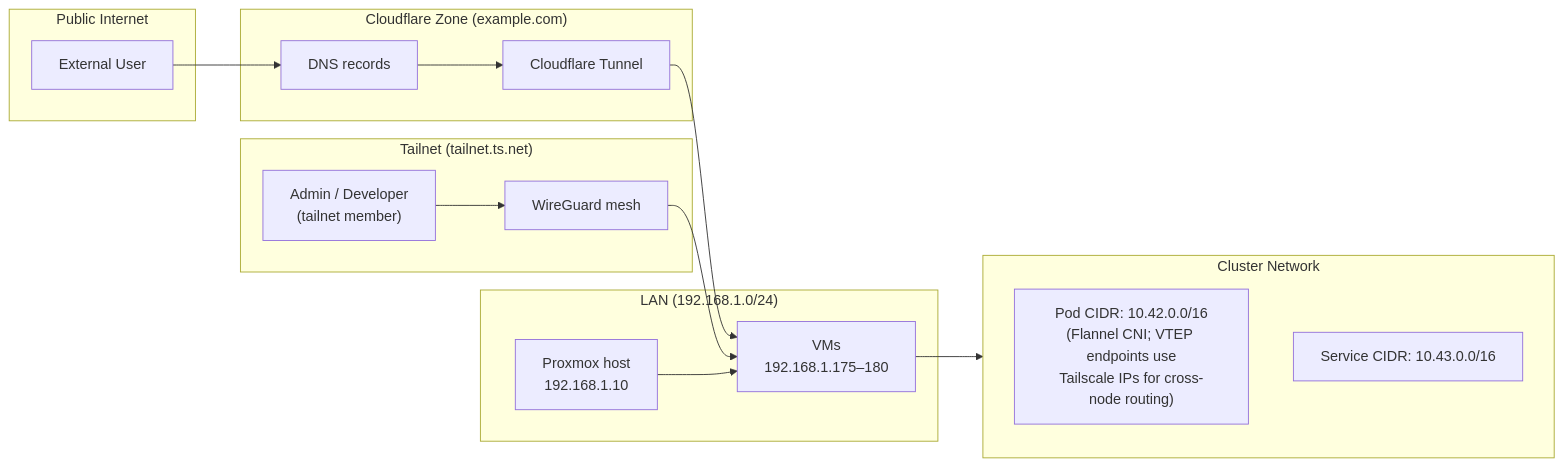
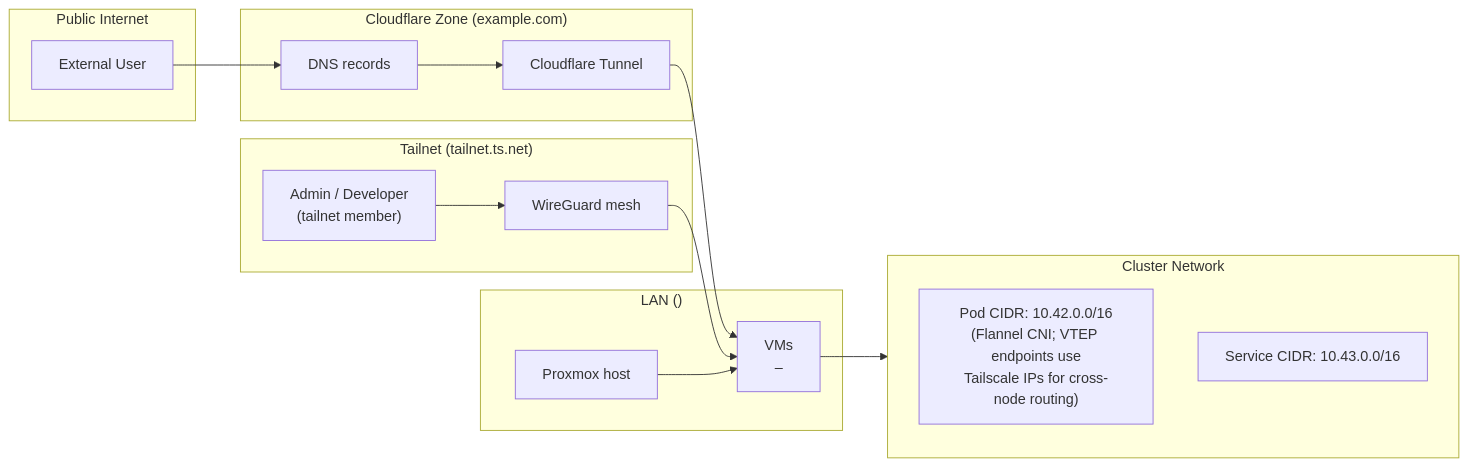
The sixth of 6 diagrams in docs/topology.md (hexabyte8/homelab), drawn with Mermaid before and after one commit. The commit also changed other lines of this file and 22 other files, not shown here.

````diff
--- a/docs/topology.md
+++ b/docs/topology.md
@@ -216,31 +216,31 @@
 ```mermaid
 graph LR
     subgraph public["Public Internet"]
         user["External User"]
     end
 
     subgraph cloudflare_zone["Cloudflare Zone (example.com)"]
         dns["DNS records"]
         tunnel["Cloudflare Tunnel"]
     end
 
     subgraph tailnet_zone["Tailnet (tailnet.ts.net)"]
         admin["Admin / Developer<br/>(tailnet member)"]
         ts_mesh["WireGuard mesh"]
     end
 
-    subgraph lan["LAN (192.168.1.0/24)"]
-        proxmox_host["Proxmox host<br/>192.168.1.10"]
-        vm_net["VMs<br/>192.168.1.175–180"]
+    subgraph lan["LAN (<lan-cidr>)"]
+        proxmox_host["Proxmox host<br/><proxmox-lan-ip>"]
+        vm_net["VMs<br/><k3s-agent-1-lan-ip>–<k3s-agent-2-lan-ip>"]
     end
 
     subgraph cluster_net["Cluster Network"]
         pod_cidr["Pod CIDR: 10.42.0.0/16<br/>(Flannel CNI; VTEP endpoints use<br/>Tailscale IPs for cross-node routing)"]
         svc_cidr["Service CIDR: 10.43.0.0/16"]
     end
 
     user --> dns --> tunnel --> vm_net
     admin --> ts_mesh --> vm_net
     vm_net --> cluster_net
     proxmox_host --> vm_net
 ```
````
